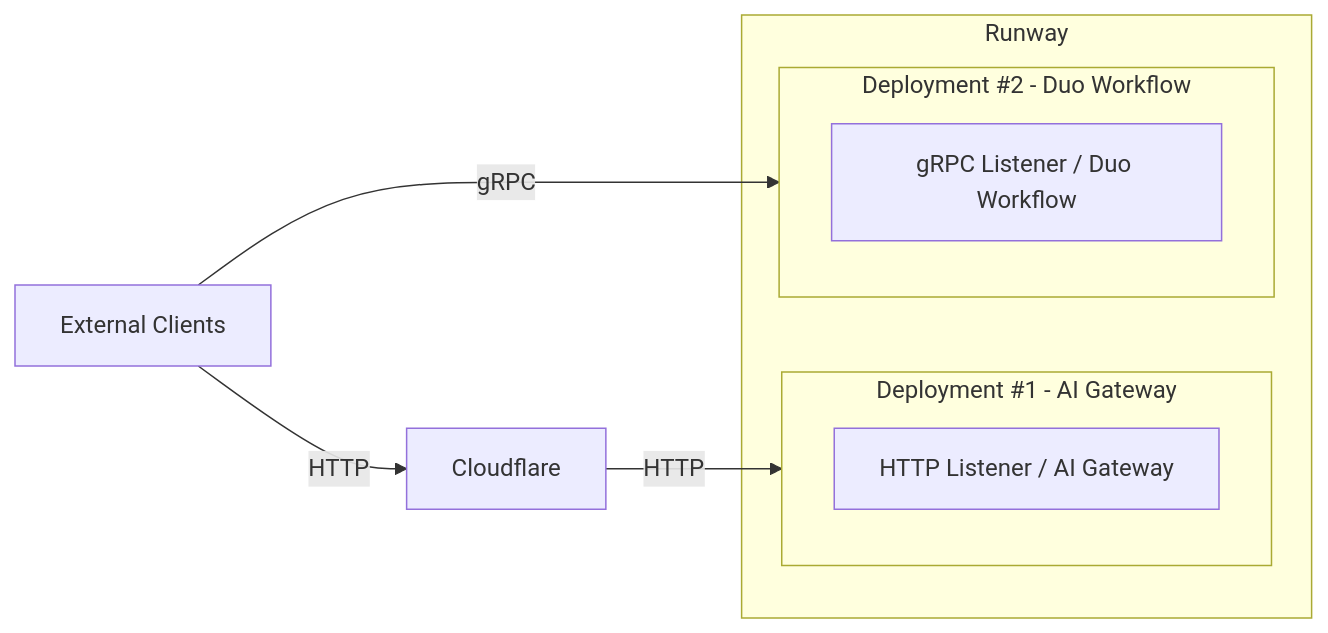
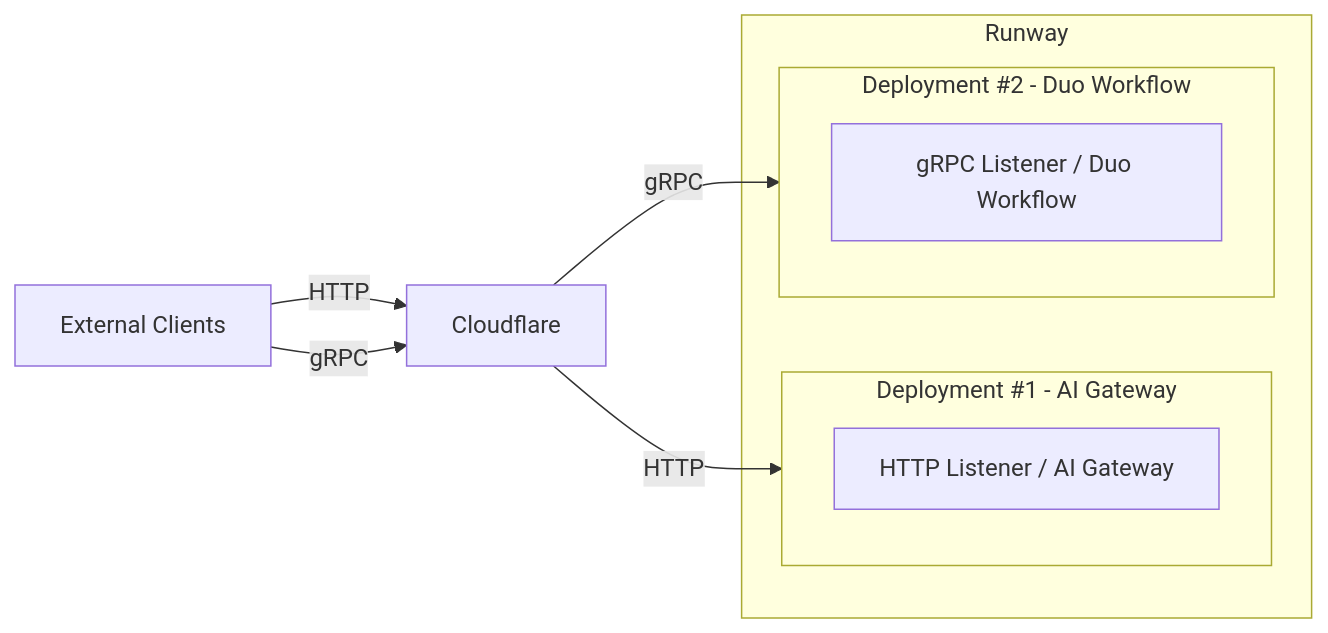
The first of 2 diagrams in content/handbook/engineering/architecture/design-documents/duo_workflow/decisions/001_migrate_to_ai_gateway.md (zalyoung/gitlab-handbook), drawn with Mermaid before and after one commit.

Commit message:
Fixed cloudflare routing

````diff
--- a/content/handbook/engineering/architecture/design-documents/duo_workflow/decisions/001_migrate_to_ai_gateway.md
+++ b/content/handbook/engineering/architecture/design-documents/duo_workflow/decisions/001_migrate_to_ai_gateway.md
@@ -27,20 +27,21 @@
 ```mermaid
 flowchart LR
   subgraph Runway
     %% First Runway Deployment
     subgraph deploymentHTTP["Deployment #1 - AI Gateway"]
         direction TB
         H["HTTP Listener / AI Gateway"]
     end
 
     %% Second Runway Deployment
     subgraph deploymentGRPC["Deployment #2 - Duo Workflow"]
         direction TB
         G["gRPC Listener / Duo Workflow"]
     end
   end
 
   Cloudflare["Cloudflare"] -->|HTTP| H
+  Cloudflare["Cloudflare"] -->|gRPC| G
   Clients["External Clients"] -->|HTTP| Cloudflare["Cloudflare"]
-  Clients["External Clients"] -->|gRPC| G
+  Clients["External Clients"] -->|gRPC| Cloudflare["Cloudflare"]
 ```
````
